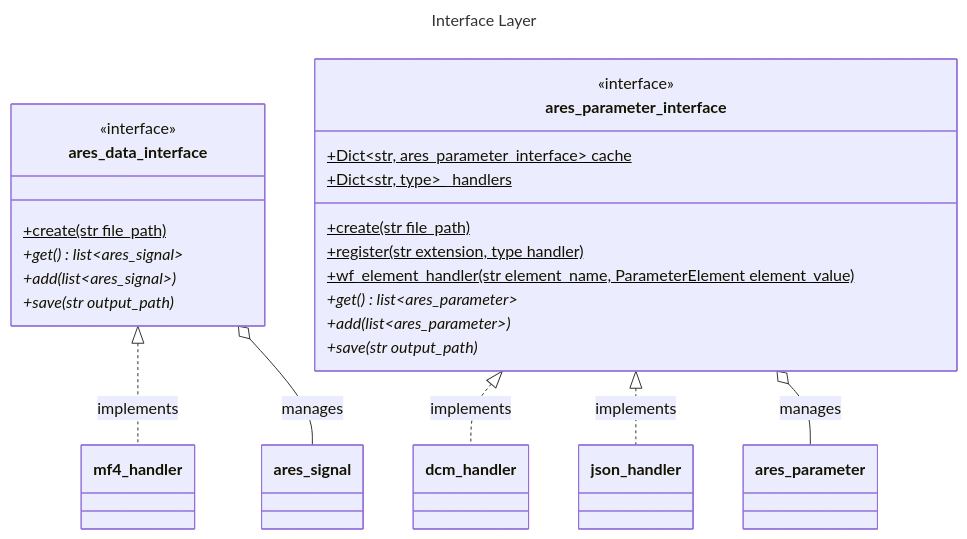
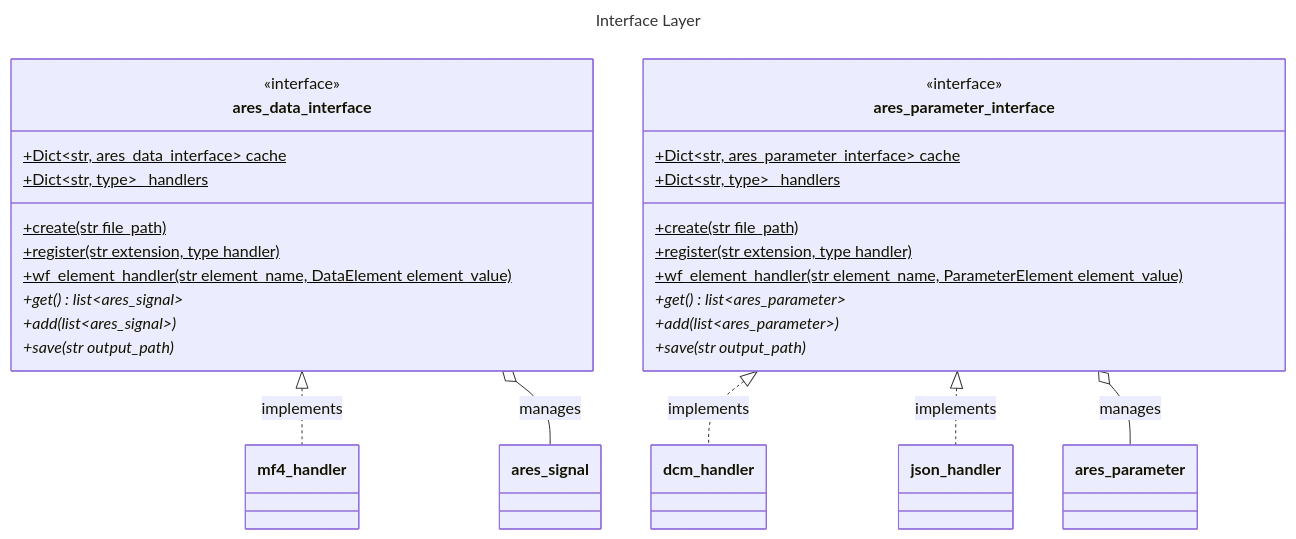
One commit to olympus-tools/ARES changed the fourth of 5 diagrams in architecture.md. Above: the diagram before and after it, drawn with Mermaid. The commit also changed other lines of this file and 2 other files, not shown here.

````diff
--- a/architecture.md
+++ b/architecture.md
@@ -167,35 +172,39 @@
 ```mermaid
 ---
 title: Interface Layer
 ---
 classDiagram
     class ares_data_interface{
         <<interface>>
+        +Dict~str, ares_data_interface~ cache$
+        +Dict~str, type~ _handlers$
         +create(str file_path)$
+        +register(str extension, type handler)$
+        +wf_element_handler(str element_name, DataElement element_value)$
         +get() list~ares_signal~*
         +add(list~ares_signal~)*
         +save(str output_path)*
     }
 
     class ares_parameter_interface{
         <<interface>>
         +Dict~str, ares_parameter_interface~ cache$
         +Dict~str, type~ _handlers$
         +create(str file_path)$
         +register(str extension, type handler)$
         +wf_element_handler(str element_name, ParameterElement element_value)$
         +get() list~ares_parameter~*
         +add(list~ares_parameter~)*
         +save(str output_path)*
     }
 
     class dcm_handler
     class json_handler
     class mf4_handler
 
     ares_parameter_interface <|.. dcm_handler : implements
     ares_parameter_interface <|.. json_handler : implements
     ares_data_interface <|.. mf4_handler : implements
     ares_parameter_interface o-- ares_parameter : manages
     ares_data_interface o-- ares_signal : manages
 ```
````
